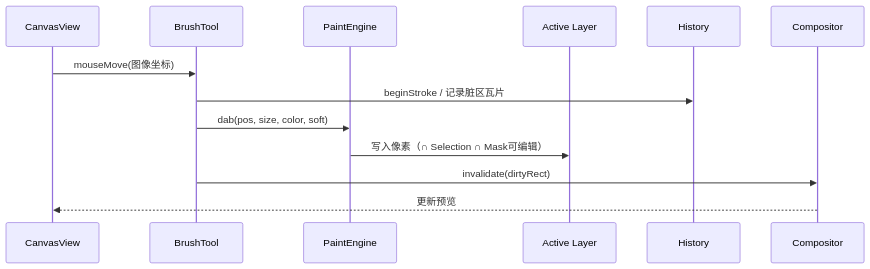
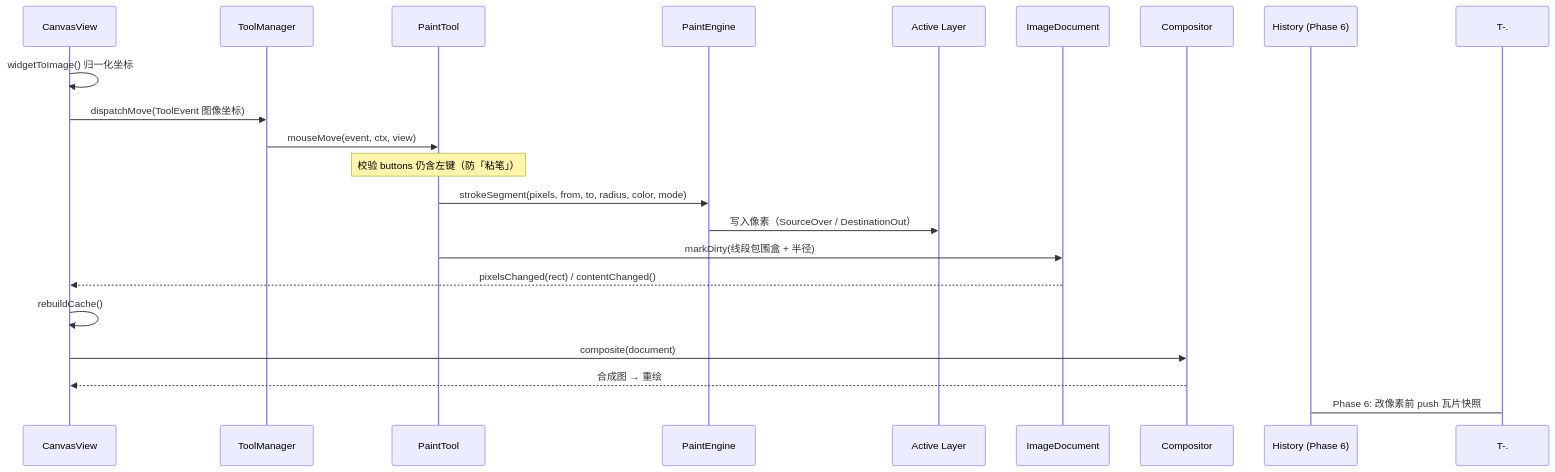
One commit to littletenyuan01/photoshopDemo changed the third of 4 diagrams in docs/architecture.md. Above: the diagram before and after it, drawn with Mermaid. The commit also changed other lines of this file and 5 other files, not shown here.

First line of the commit message:
docs: 补齐重构后遗留的旧图/旧表/旧结论，并修正两处文档引用错误

````diff
--- a/docs/architecture.md
+++ b/docs/architecture.md
@@ -181,16 +214,24 @@
 ```mermaid
 sequenceDiagram
   participant U as CanvasView
-  participant T as BrushTool
+  participant TM as ToolManager
+  participant T as PaintTool
   participant P as PaintEngine
   participant L as Active Layer
-  participant H as History
+  participant D as ImageDocument
   participant C as Compositor
+  participant H as History (Phase 6)
 
-  U->>T: mouseMove(图像坐标)
-  T->>H: beginStroke / 记录脏区瓦片
-  T->>P: dab(pos, size, color, soft)
-  P->>L: 写入像素（∩ Selection ∩ Mask可编辑）
-  T->>C: invalidate(dirtyRect)
-  C-->>U: 更新预览
+  U->>U: widgetToImage() 归一化坐标
+  U->>TM: dispatchMove(ToolEvent 图像坐标)
+  TM->>T: mouseMove(event, ctx, view)
+  Note over T: 校验 buttons 仍含左键（防「粘笔」）
+  T->>P: strokeSegment(pixels, from, to, radius, color, mode)
+  P->>L: 写入像素（SourceOver / DestinationOut）
+  T->>D: markDirty(线段包围盒 + 半径)
+  D-->>U: pixelsChanged(rect) / contentChanged()
+  U->>U: rebuildCache()
+  U->>C: composite(document)
+  C-->>U: 合成图 → 重绘
+  T-.->H: Phase 6: 改像素前 push 瓦片快照
 ```
````
